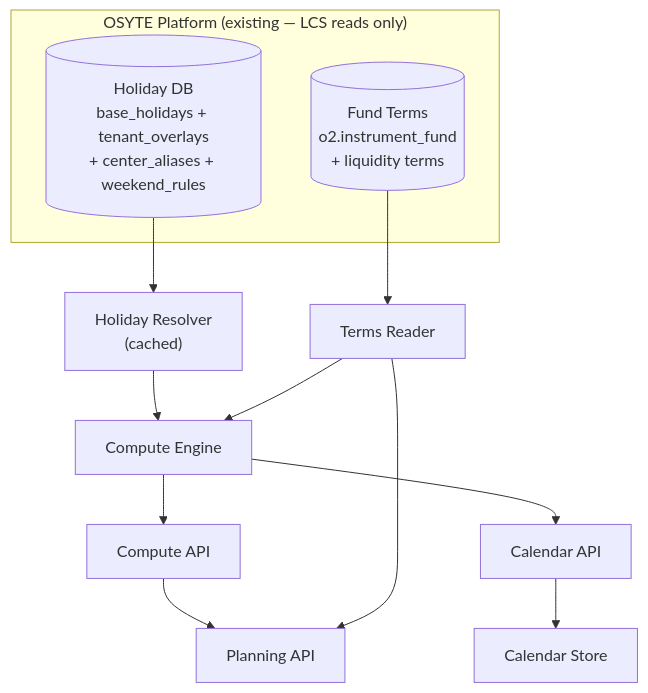
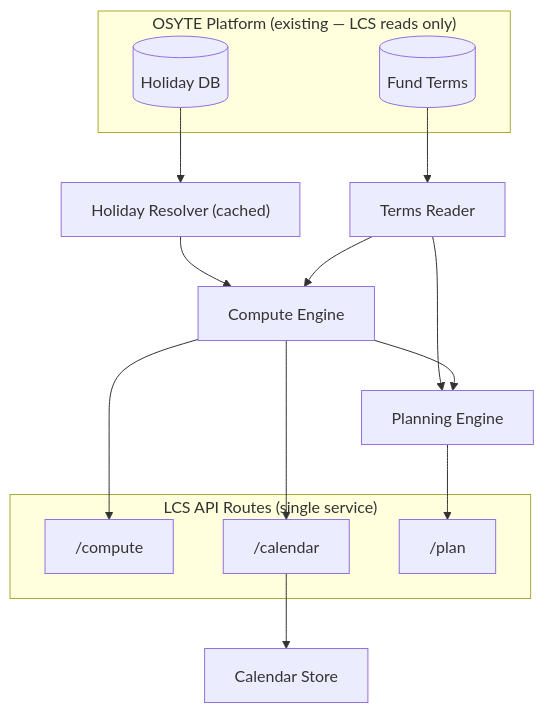
Before and after one commit to Ashu290905/OSYTE: the eighth of 8 diagrams in lcs-main/docs/architecture.md, drawn with Mermaid. The commit also changed other lines of this file, not shown here.

First line of the commit message:
Merge Compute + Planning into single service, fix Planning flow, add examples

````diff
--- a/lcs-main/docs/architecture.md
+++ b/lcs-main/docs/architecture.md
@@ -407,20 +506,26 @@
 ```mermaid
 graph TD
     subgraph "OSYTE Platform (existing — LCS reads only)"
-        HDB[("Holiday DB<br/>base_holidays + tenant_overlays<br/>+ center_aliases + weekend_rules")]
-        TDB[("Fund Terms<br/>o2.instrument_fund<br/>+ liquidity terms")]
+        HDB[("Holiday DB")]
+        TDB[("Fund Terms")]
     end
 
-    HDB --> HS["Holiday Resolver<br/>(cached)"]
+    HDB --> HR["Holiday Resolver (cached)"]
     TDB --> TR["Terms Reader"]
 
-    HS --> CE["Compute Engine"]
+    HR --> CE["Compute Engine"]
     TR --> CE
+    TR --> PE["Planning Engine"]
+    CE --> PE
 
-    CE --> CA["Compute API"]
-    CE --> CLA["Calendar API"]
+    subgraph "LCS API Routes (single service)"
+        CA["/compute"]
+        CLA["/calendar"]
+        PA["/plan"]
+    end
+
+    CE --> CA
+    CE --> CLA
     CLA --> CS["Calendar Store"]
-    CA --> PA["Planning API"]
-    TR --> PA
-
+    PE --> PA
 ```
````
